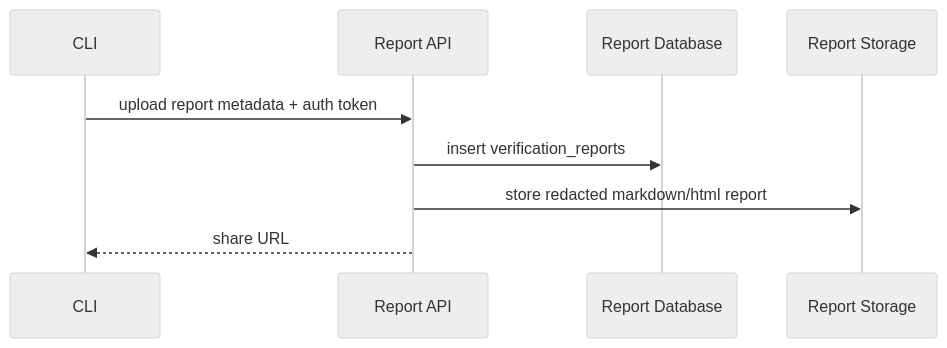
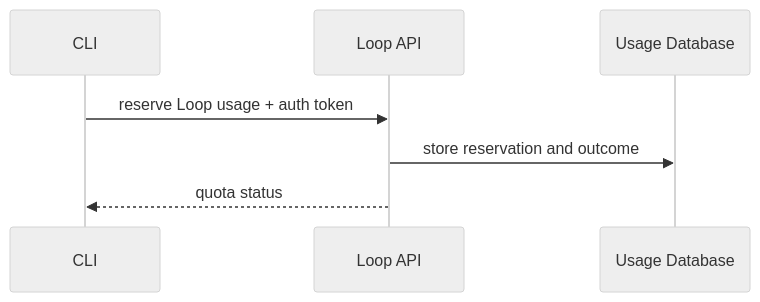
One commit to wukong-code/wukong_cli changed the fourth of 4 diagrams in docs/tech/commercial-refactor-implementation.md. Above: the diagram before and after it, drawn with Mermaid (neutral theme). The commit also changed other lines of this file and 77 other files, not shown here.

````diff
--- a/docs/tech/commercial-refactor-implementation.md
+++ b/docs/tech/commercial-refactor-implementation.md
@@ -936,12 +936,10 @@
 ```mermaid
 sequenceDiagram
   participant CLI as CLI
-  participant API as Report API
-  participant DB as Report Database
-  participant Storage as Report Storage
+  participant API as Loop API
+  participant DB as Usage Database
 
-  CLI->>API: upload report metadata + auth token
-  API->>DB: insert verification_reports
-  API->>Storage: store redacted markdown/html report
-  API-->>CLI: share URL
+  CLI->>API: reserve Loop usage + auth token
+  API->>DB: store reservation and outcome
+  API-->>CLI: quota status
 ```
````
